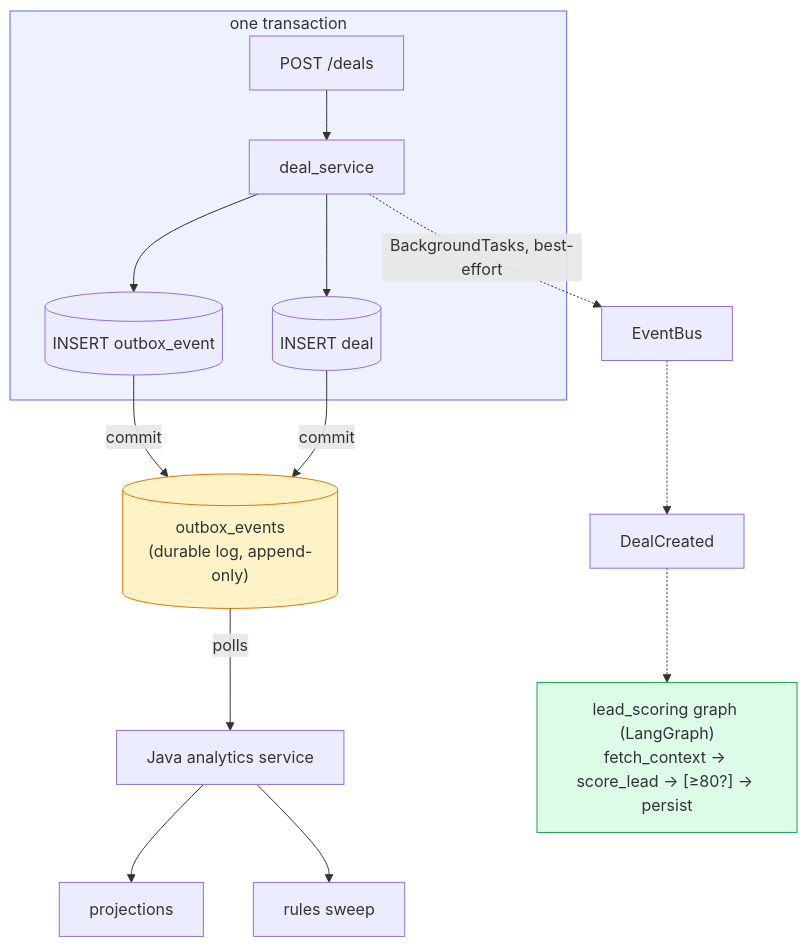
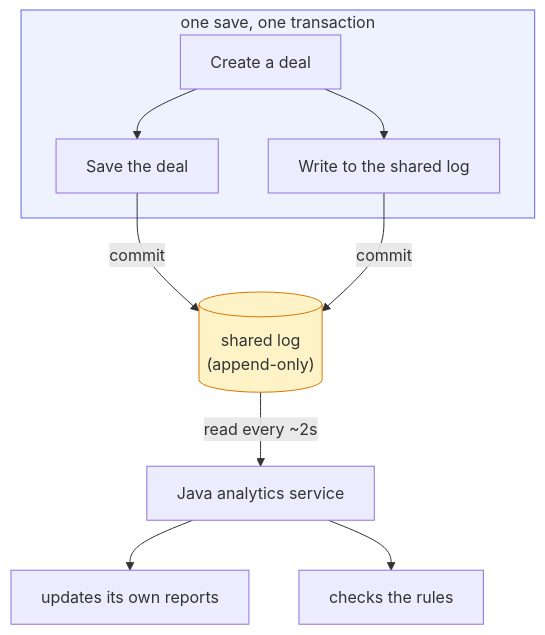
The second of 2 diagrams in README.md (sssahoo-lang/dealflow-agents), drawn with Mermaid before and after one commit. The commit also changed other lines of this file and 1 other file, not shown here.

````diff
--- a/README.md
+++ b/README.md
@@ -74,23 +88,17 @@
 ```mermaid
 flowchart TD
-    subgraph TX["one transaction"]
-        A["POST /deals"] --> B["deal_service"]
-        B --> C[("INSERT deal")]
-        B --> D[("INSERT outbox_event")]
+    subgraph TX["one save, one transaction"]
+        A["Create a deal"] --> B["Save the deal"]
+        A --> C["Write to the shared log"]
     end
 
-    D -->|commit| E[("outbox_events<br/>(durable log, append-only)")]
+    B -->|commit| E[("shared log<br/>(append-only)")]
     C -->|commit| E
 
-    E -->|polls| F["Java analytics service"]
-    F --> G["projections"]
-    F --> H["rules sweep"]
-
-    B -.->|BackgroundTasks, best-effort| I["EventBus"]
-    I -.-> J["DealCreated"]
-    J -.-> K["lead_scoring graph (LangGraph)<br/>fetch_context → score_lead → [≥80?] → persist"]
+    E -->|"read every ~2s"| F["Java analytics service"]
+    F --> G["updates its own reports"]
+    F --> H["checks the rules"]
 
     style TX fill:#eef2ff,stroke:#6366f1
     style E fill:#fef3c7,stroke:#d97706
-    style K fill:#dcfce7,stroke:#16a34a
 ```
````
